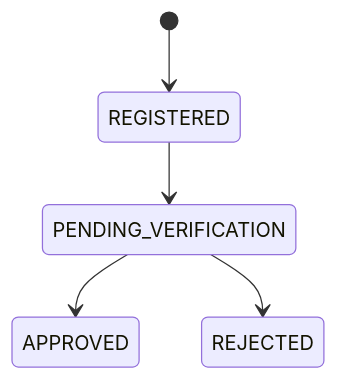
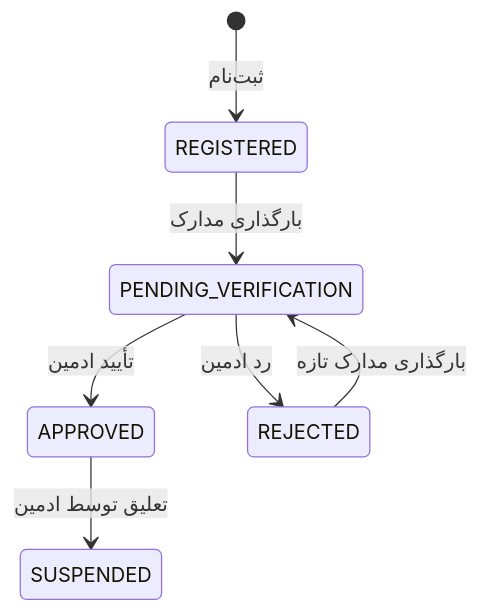
The second of 5 diagrams in documentation/00-overview.md (elmkhah/rorschach), drawn with Mermaid before and after one commit. The commit also changed other lines of this file and 23 other files, not shown here.

````diff
--- a/documentation/00-overview.md
+++ b/documentation/00-overview.md
@@ -63,7 +118,9 @@
 ```mermaid
 stateDiagram-v2
-    [*] --> REGISTERED
-    REGISTERED --> PENDING_VERIFICATION
-    PENDING_VERIFICATION --> APPROVED
-    PENDING_VERIFICATION --> REJECTED
+    [*] --> REGISTERED: ثبت‌نام
+    REGISTERED --> PENDING_VERIFICATION: بارگذاری مدارک
+    PENDING_VERIFICATION --> APPROVED: تأیید ادمین
+    PENDING_VERIFICATION --> REJECTED: رد ادمین
+    REJECTED --> PENDING_VERIFICATION: بارگذاری مدارک تازه
+    APPROVED --> SUSPENDED: تعلیق توسط ادمین
 ```
````
